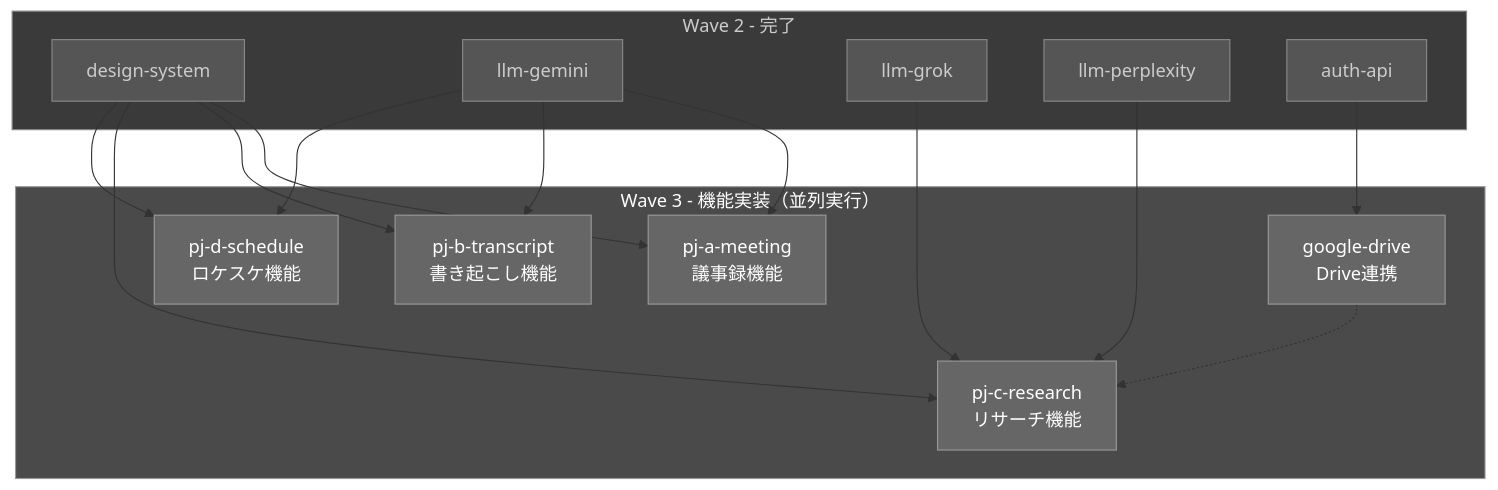
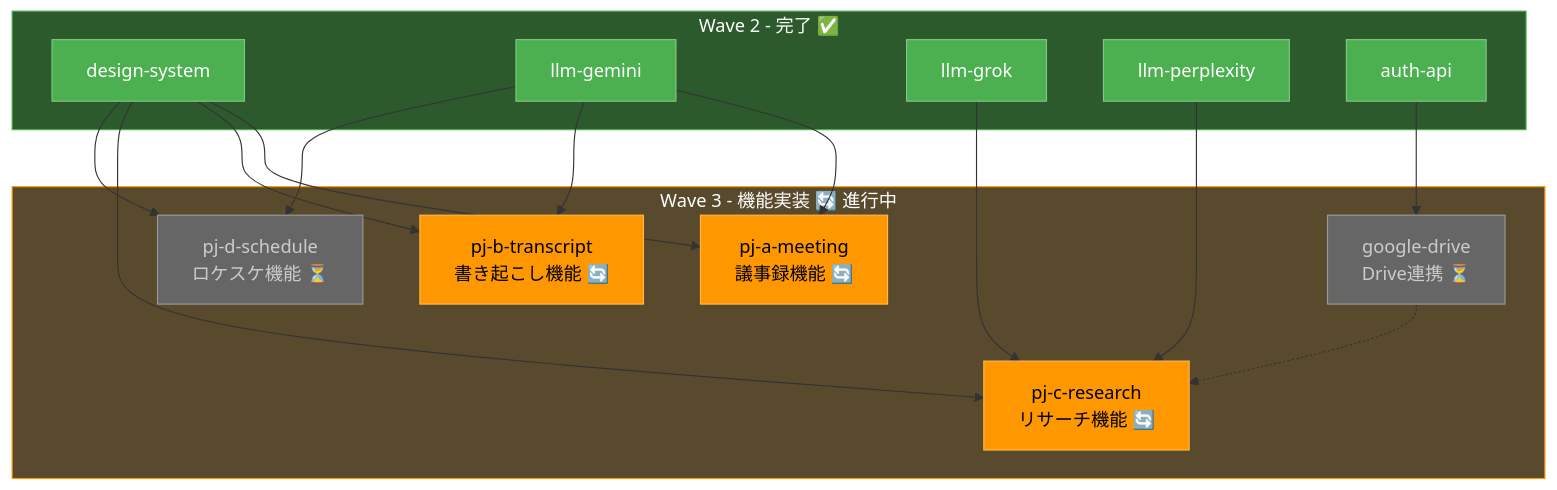
One commit to langcore-org/united-productions-web changed the third of 5 diagrams in docs/initial_dev/agent-swarm-guide.md. Above: the diagram before and after it, drawn with Mermaid. The commit also changed other lines of this file and 31 other files, not shown here.

````diff
--- a/docs/initial_dev/agent-swarm-guide.md
+++ b/docs/initial_dev/agent-swarm-guide.md
@@ -135,43 +167,43 @@
 ```mermaid
 flowchart TD
-    subgraph Wave2["Wave 2 - 完了"]
+    subgraph Wave2["Wave 2 - 完了 ✅"]
         E[design-system]
         F[llm-gemini]
         G[llm-grok]
         H[llm-perplexity]
         C[auth-api]
     end
     
-    subgraph Wave3["Wave 3 - 機能実装（並列実行）"]
-        I[pj-a-meeting<br/>議事録機能]
-        J[pj-b-transcript<br/>書き起こし機能]
-        K[pj-c-research<br/>リサーチ機能]
-        L[pj-d-schedule<br/>ロケスケ機能]
-        M[google-drive<br/>Drive連携]
+    subgraph Wave3["Wave 3 - 機能実装 🔄 進行中"]
+        I[pj-a-meeting<br/>議事録機能 🔄]
+        J[pj-b-transcript<br/>書き起こし機能 🔄]
+        K[pj-c-research<br/>リサーチ機能 🔄]
+        L[pj-d-schedule<br/>ロケスケ機能 ⏳]
+        M[google-drive<br/>Drive連携 ⏳]
     end
     
     E --> I
     E --> J
     E --> K
     E --> L
     F --> I
     F --> J
     F --> L
     G --> K
     H --> K
     C --> M
     M -.-> K
     
-    style Wave2 fill:#3a3a3a,stroke:#888,color:#ccc
-    style Wave3 fill:#4a4a4a,stroke:#999,color:#fff
-    style E fill:#555,stroke:#888,color:#ccc
-    style F fill:#555,stroke:#888,color:#ccc
-    style G fill:#555,stroke:#888,color:#ccc
-    style H fill:#555,stroke:#888,color:#ccc
-    style C fill:#555,stroke:#888,color:#ccc
-    style I fill:#666,stroke:#999,color:#fff
-    style J fill:#666,stroke:#999,color:#fff
-    style K fill:#666,stroke:#999,color:#fff
-    style L fill:#666,stroke:#999,color:#fff
-    style M fill:#666,stroke:#999,color:#fff
+    style Wave2 fill:#2d5a2d,stroke:#4caf50,color:#fff
+    style Wave3 fill:#5a4a2d,stroke:#ff9800,color:#fff
+    style E fill:#4caf50,stroke:#81c784,color:#fff
+    style F fill:#4caf50,stroke:#81c784,color:#fff
+    style G fill:#4caf50,stroke:#81c784,color:#fff
+    style H fill:#4caf50,stroke:#81c784,color:#fff
+    style C fill:#4caf50,stroke:#81c784,color:#fff
+    style I fill:#ff9800,stroke:#ffb74d,color:#000
+    style J fill:#ff9800,stroke:#ffb74d,color:#000
+    style K fill:#ff9800,stroke:#ffb74d,color:#000
+    style L fill:#666,stroke:#999,color:#ccc
+    style M fill:#666,stroke:#999,color:#ccc
 ```
````
